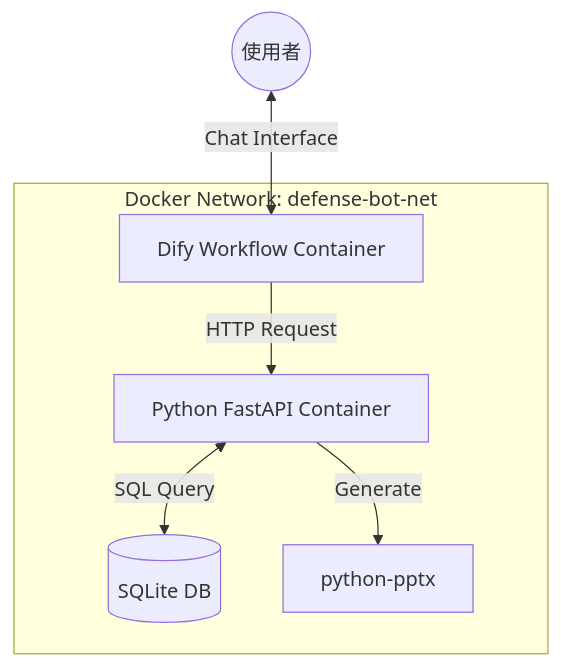
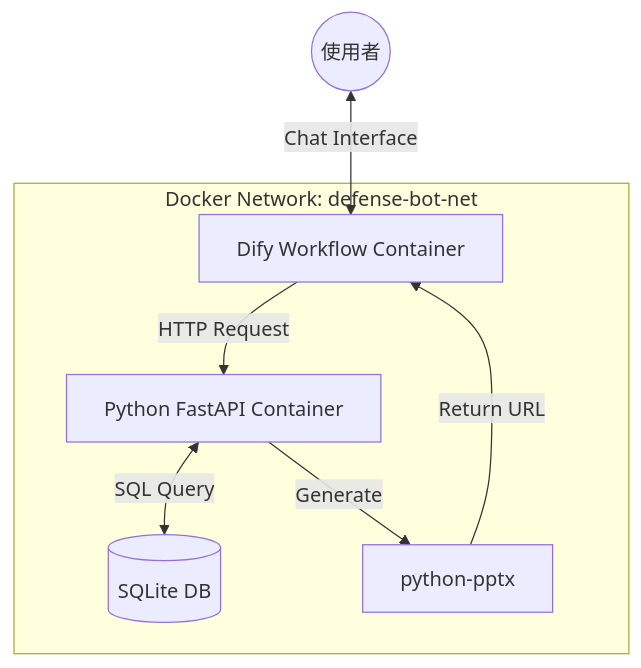
The diagram in README.md (NTUST-Lab-training/defense-bot), drawn with Mermaid before and after one commit.

Commit message:
docs: 移除多餘的 mermaid 語法行

````diff
--- a/README.md
+++ b/README.md
@@ -30,10 +30,11 @@
 ```mermaid
 graph TD
     User((使用者)) <-->|Chat Interface| Dify[Dify Workflow Container]
     
     subgraph "Docker Network: defense-bot-net"
         Dify --HTTP Request--> API[Python FastAPI Container]
         API <-->|SQL Query| DB[(SQLite DB)]
         API -->|Generate| PPT[python-pptx]
     end
+    PPT -->|Return URL| Dify
 ```
````
